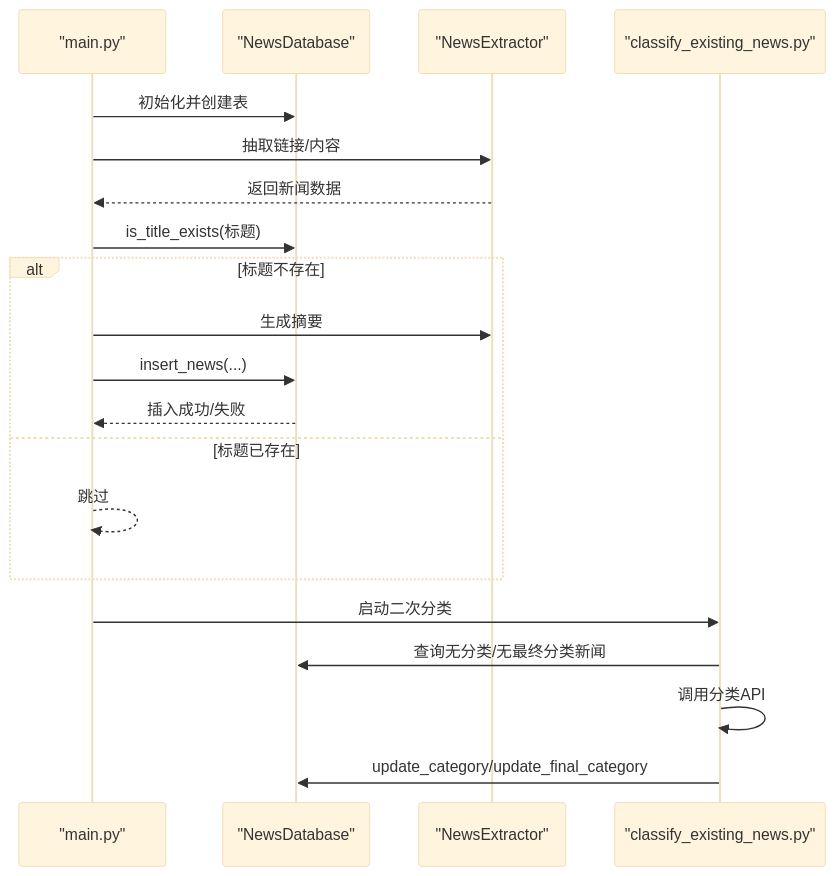
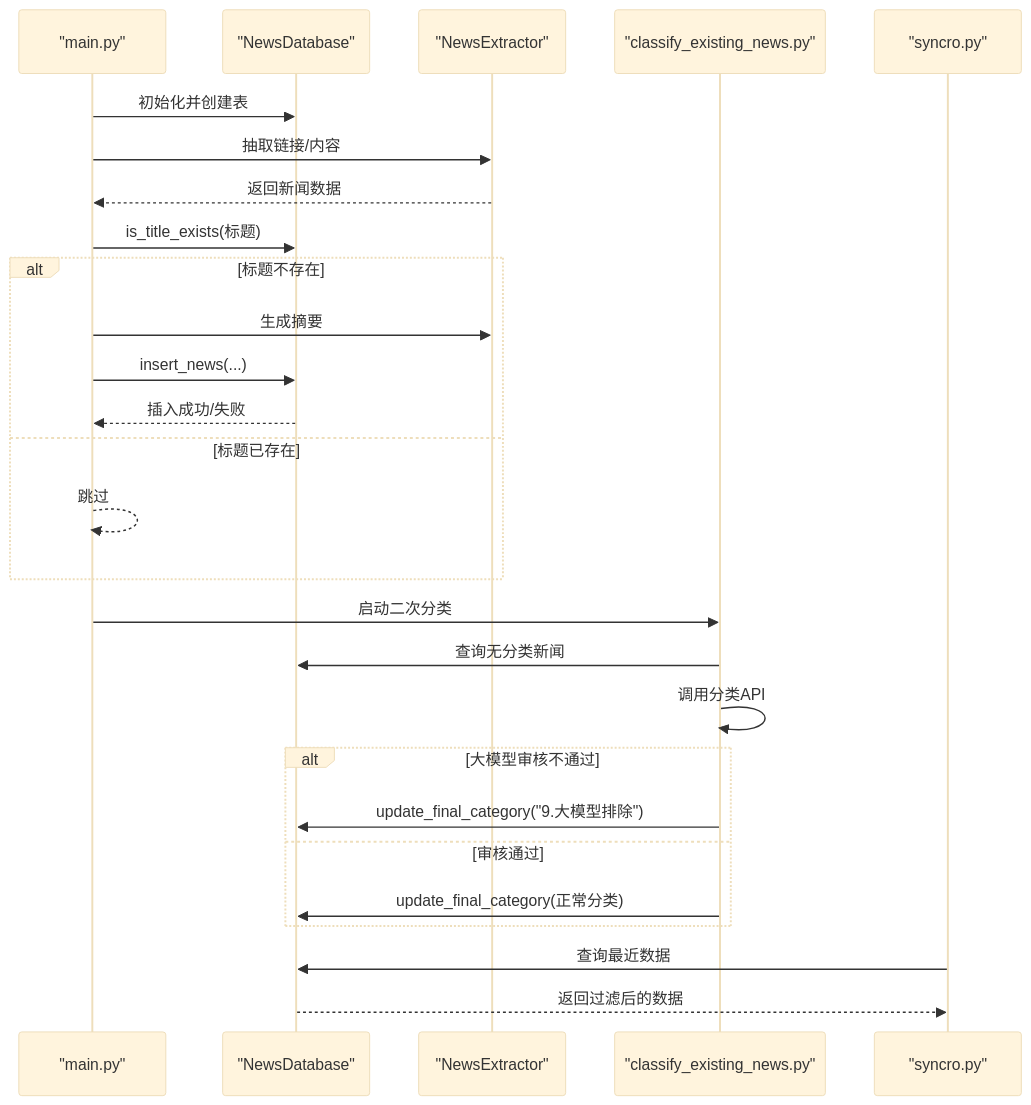
One commit to dengwanqian/news-exacter changed the second of 5 diagrams in .qoder/repowiki/zh/content/核心模块详解/数据库管理模块 (database.py).md. Above: the diagram before and after it, drawn with Mermaid (base theme). The commit also changed other lines of this file and 7 other files, not shown here.

````diff
--- a/.qoder/repowiki/zh/content/核心模块详解/数据库管理模块 (database.py).md
+++ b/.qoder/repowiki/zh/content/核心模块详解/数据库管理模块 (database.py).md
@@ -92,22 +103,29 @@
 ```mermaid
 sequenceDiagram
 participant Main as "main.py"
 participant DB as "NewsDatabase"
 participant Ext as "NewsExtractor"
 participant Clf as "classify_existing_news.py"
+participant Sync as "syncro.py"
 Main->>DB : 初始化并创建表
 Main->>Ext : 抽取链接/内容
 Ext-->>Main : 返回新闻数据
 Main->>DB : is_title_exists(标题)
 alt 标题不存在
 Main->>Ext : 生成摘要
 Main->>DB : insert_news(...)
 DB-->>Main : 插入成功/失败
 else 标题已存在
 Main-->>Main : 跳过
 end
 Main->>Clf : 启动二次分类
-Clf->>DB : 查询无分类/无最终分类新闻
+Clf->>DB : 查询无分类新闻
 Clf->>Clf : 调用分类API
-Clf->>DB : update_category/update_final_category
+alt 大模型审核不通过
+Clf->>DB : update_final_category("9.大模型排除")
+else 审核通过
+Clf->>DB : update_final_category(正常分类)
+end
+Sync->>DB : 查询最近数据
+DB-->>Sync : 返回过滤后的数据
 ```
````
